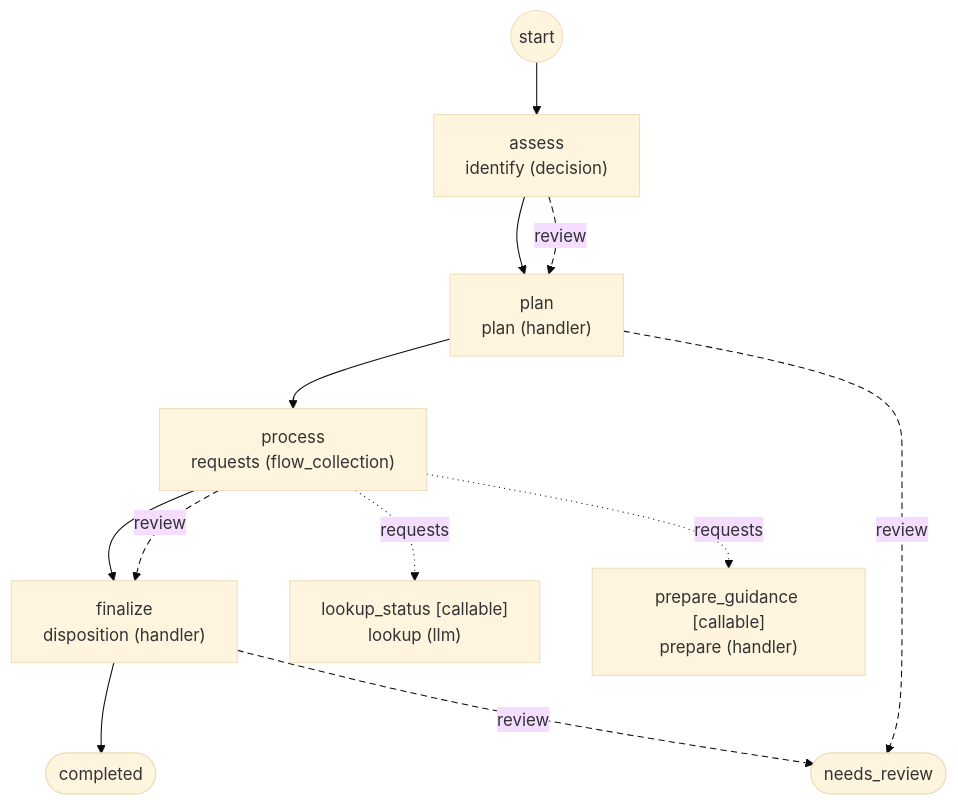
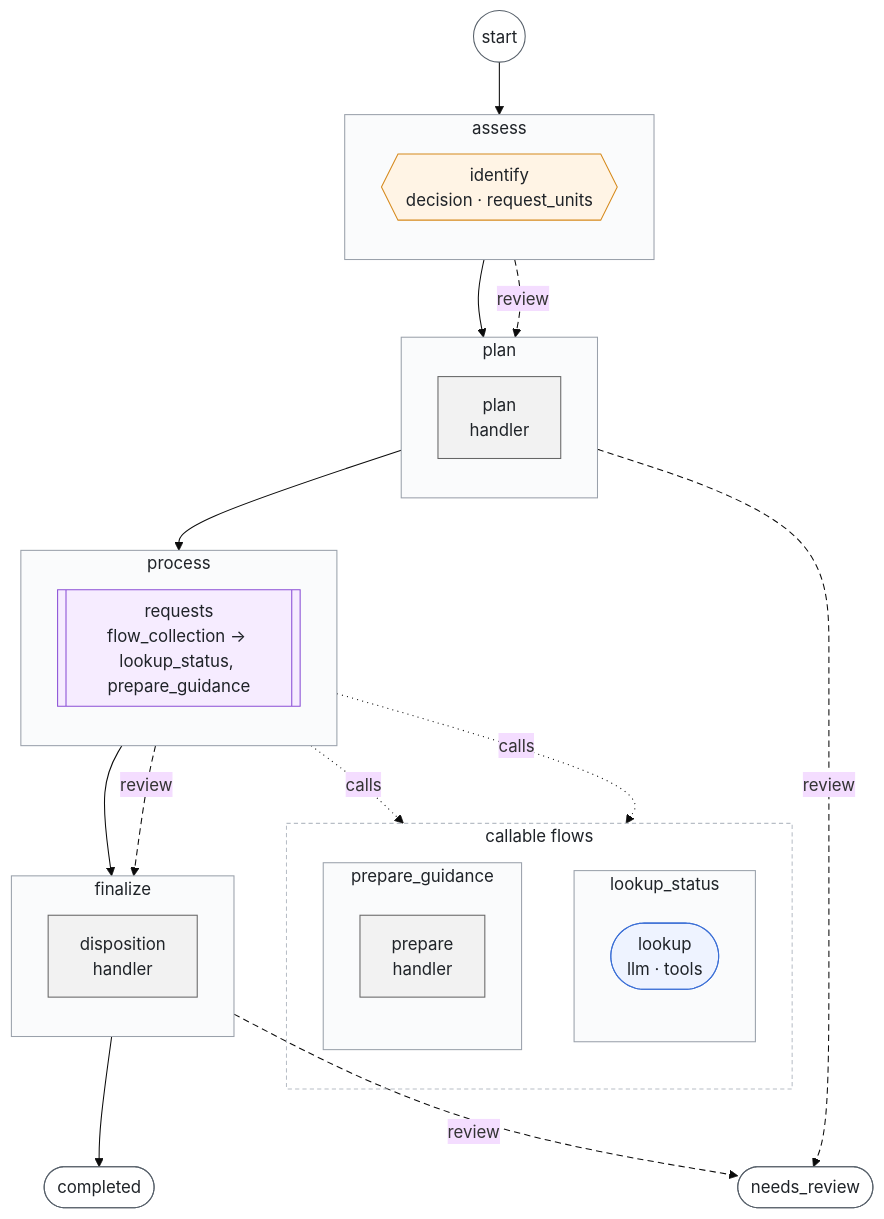
Before and after one commit to sebastianwessel/foliqant: the second of 2 diagrams in examples/multi_request_processing/WORKFLOWS.md, drawn with Mermaid (base theme). The commit also changed other lines of this file and 21 other files, not shown here.

First line of the commit message:
Render workflow graphs as subgraphs with steps, shapes and a legend

````diff
--- a/examples/multi_request_processing/WORKFLOWS.md
+++ b/examples/multi_request_processing/WORKFLOWS.md
@@ -9,29 +39,60 @@
 ```mermaid
 flowchart TD
-  start((start))
-  flow_assess["assess<br/>identify (decision)"]
-  flow_plan["plan<br/>plan (handler)"]
-  flow_process["process<br/>requests (flow_collection)"]
-  flow_finalize["finalize<br/>disposition (handler)"]
-  flow_lookup_status["lookup_status [callable]<br/>lookup (llm)"]
-  flow_prepare_guidance["prepare_guidance [callable]<br/>prepare (handler)"]
-  outcome_completed(["completed"])
-  outcome_needs_review(["needs_review"])
-  start --> flow_assess
-  flow_assess --> flow_plan
-  flow_assess -.->|"review"| flow_plan
-  flow_plan --> flow_process
-  flow_plan -.->|"review"| outcome_needs_review
-  flow_process --> flow_finalize
-  flow_process -.->|"review"| flow_finalize
-  flow_process -.->|"requests"| flow_lookup_status
-  flow_process -.->|"requests"| flow_prepare_guidance
-  flow_finalize --> outcome_completed
-  flow_finalize -.->|"review"| outcome_needs_review
-  linkStyle 2 stroke-dasharray: 6 4
-  linkStyle 4 stroke-dasharray: 6 4
-  linkStyle 6 stroke-dasharray: 6 4
-  linkStyle 7 stroke-dasharray: 1 4
-  linkStyle 8 stroke-dasharray: 1 4
-  linkStyle 10 stroke-dasharray: 6 4
+  start__((start))
+  subgraph assess["assess"]
+    direction TB
+    assess__identify{{"identify<br/>decision · request_units"}}
+  end
+  subgraph plan["plan"]
+    direction TB
+    plan__plan["plan<br/>handler"]
+  end
+  subgraph process["process"]
+    direction TB
+    process__requests[["requests<br/>flow_collection → lookup_status, prepare_guidance"]]
+  end
+  subgraph finalize["finalize"]
+    direction TB
+    finalize__disposition["disposition<br/>handler"]
+  end
+  subgraph callable__["callable flows"]
+    direction TB
+    subgraph lookup_status["lookup_status"]
+      direction TB
+      lookup_status__lookup(["lookup<br/>llm · tools"])
+    end
+    subgraph prepare_guidance["prepare_guidance"]
+      direction TB
+      prepare_guidance__prepare["prepare<br/>handler"]
+    end
+  end
+  outcome_completed__(["completed"])
+  outcome_needs_review__(["needs_review"])
+  start__ --> assess
+  assess --> plan
+  assess -.->|"review"| plan
+  plan --> process
+  plan -.->|"review"| outcome_needs_review__
+  process --> finalize
+  process -.->|"review"| finalize
+  process -.->|"calls"| lookup_status
+  process -.->|"calls"| prepare_guidance
+  finalize --> outcome_completed__
+  finalize -.->|"review"| outcome_needs_review__
+  classDef decision fill:#fff4e5,stroke:#d68a1d,color:#1f2328
+  classDef llm fill:#eef3ff,stroke:#3b6fd6,color:#1f2328
+  classDef handler fill:#f2f2f2,stroke:#666666,color:#1f2328
+  classDef collection fill:#f6ecff,stroke:#8a4fd6,color:#1f2328
+  classDef flow fill:#fafbfc,stroke:#9aa1ab,color:#1f2328
+  classDef group fill:none,stroke:#b8bec6,stroke-dasharray: 4 3,color:#1f2328
+  classDef terminal fill:#ffffff,stroke:#57606a,color:#1f2328
+  class assess__identify decision
+  class lookup_status__lookup llm
+  class plan__plan,finalize__disposition,prepare_guidance__prepare handler
+  class process__requests collection
+  class assess,plan,process,finalize,lookup_status,prepare_guidance flow
+  class callable__ group
+  class start__,outcome_completed__,outcome_needs_review__ terminal
+  linkStyle 2,4,6,10 stroke-dasharray: 6 4
+  linkStyle 7,8 stroke-dasharray: 1 4
 ```
````
